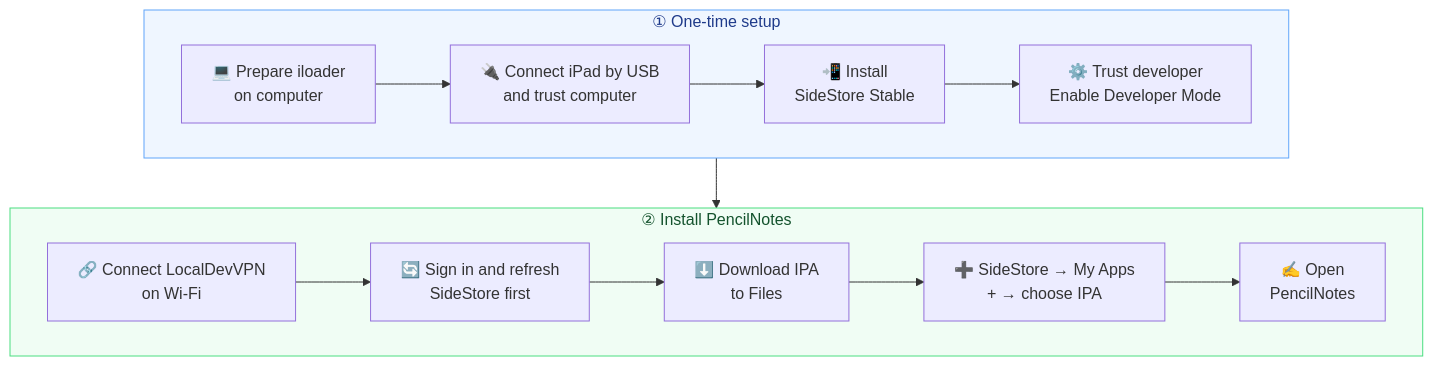
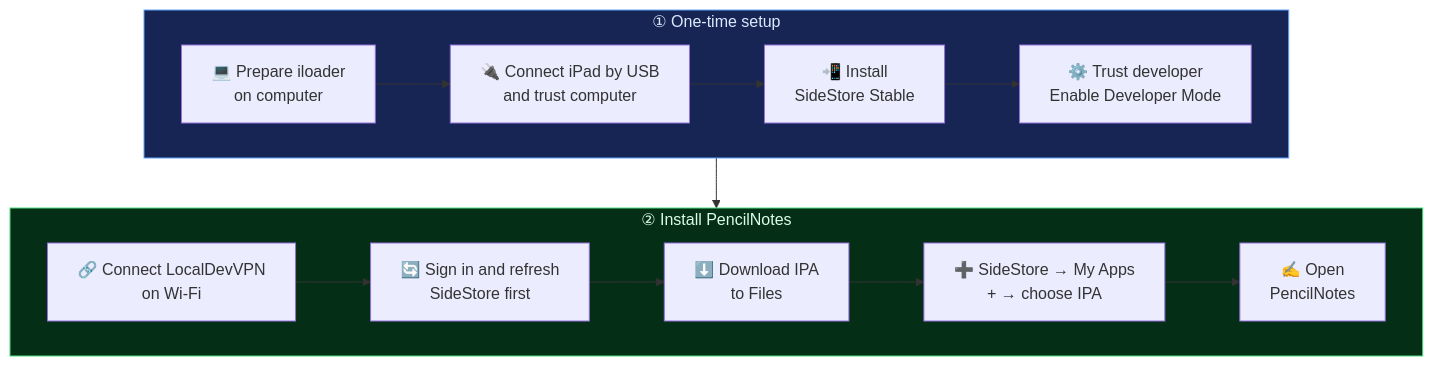
The second of 3 diagrams in README.md (rabbiii/Handwrite-for-Notion), drawn with Mermaid before and after one commit.

Commit message:
Use dark backgrounds for installation flowchart sections

````diff
--- a/README.md
+++ b/README.md
@@ -41,19 +41,19 @@
 ```mermaid
 flowchart TB
     subgraph SETUP["① One-time setup"]
         direction LR
         A[💻 Prepare iloader<br/>on computer] --> B[🔌 Connect iPad by USB<br/>and trust computer]
         B --> C[📲 Install<br/>SideStore Stable]
         C --> D[⚙️ Trust developer<br/>Enable Developer Mode]
     end
     subgraph INSTALL["② Install PencilNotes"]
         direction LR
         E[🔗 Connect LocalDevVPN<br/>on Wi-Fi] --> F[🔄 Sign in and refresh<br/>SideStore first]
         F --> G[⬇️ Download IPA<br/>to Files]
         G --> H[➕ SideStore → My Apps<br/>+ → choose IPA]
         H --> I[✍️ Open<br/>PencilNotes]
     end
     SETUP --> INSTALL
-    style SETUP fill:#eff6ff,stroke:#60a5fa,color:#1e3a8a
-    style INSTALL fill:#f0fdf4,stroke:#4ade80,color:#14532d
+    style SETUP fill:#172554,stroke:#60a5fa,color:#dbeafe
+    style INSTALL fill:#052e16,stroke:#4ade80,color:#dcfce7
 ```
````
